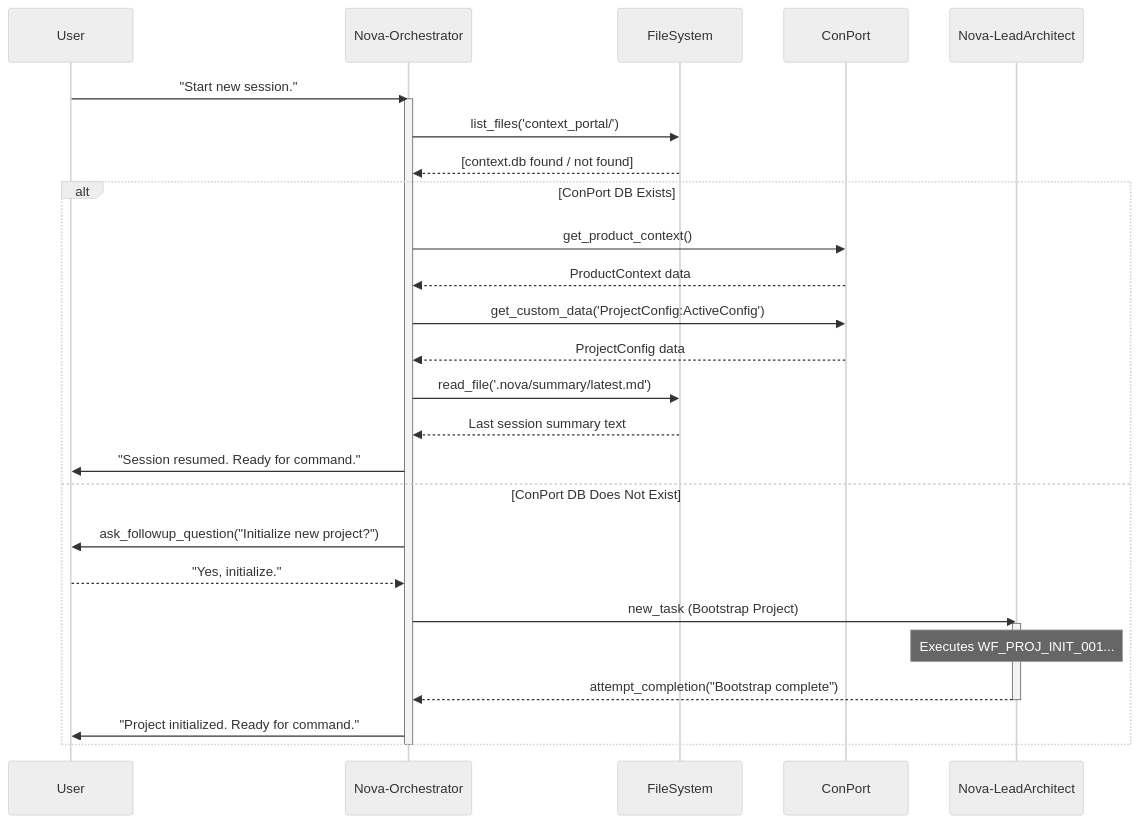
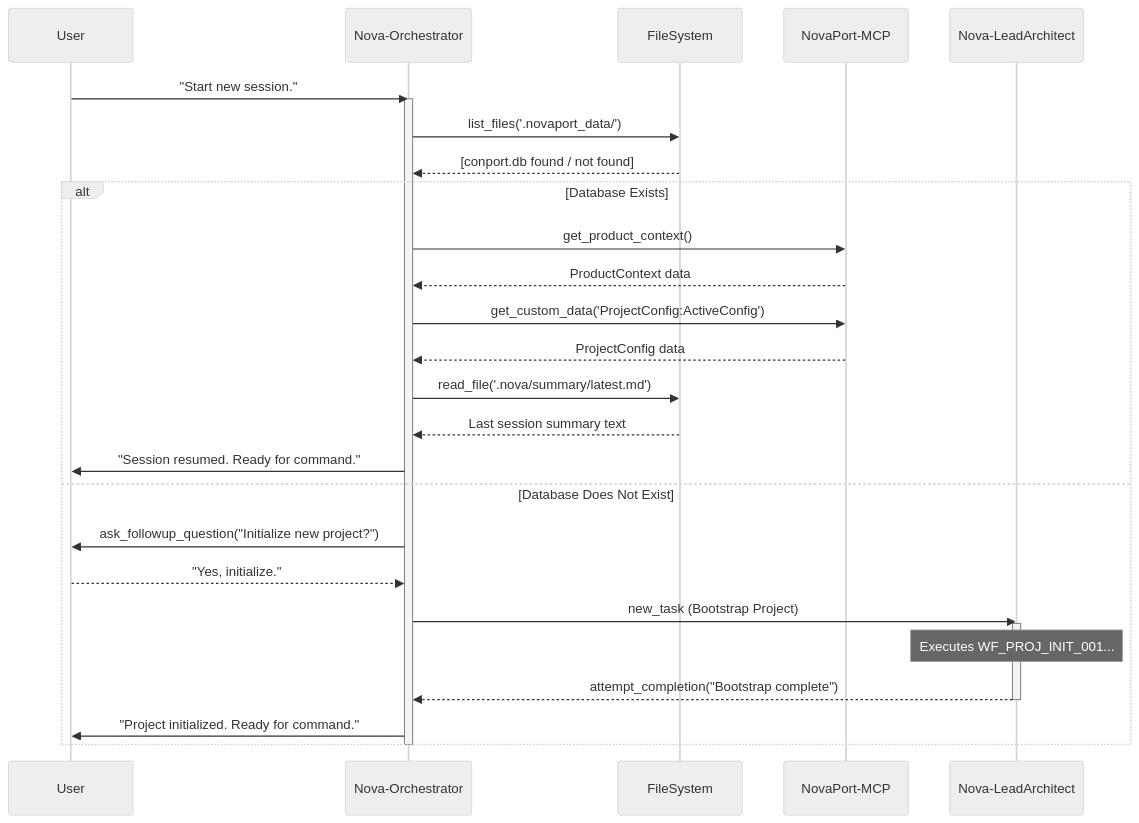
Before and after one commit to Siroopfles/NovaPort: the seventh of 7 diagrams in NOVA_SYSTEM_ARCHITECTURE.md, drawn with Mermaid (neutral theme). The commit also changed other lines of this file and 46 other files, not shown here.

````diff
--- a/NOVA_SYSTEM_ARCHITECTURE.md
+++ b/NOVA_SYSTEM_ARCHITECTURE.md
@@ -235,33 +230,33 @@
 ```mermaid
 sequenceDiagram
     participant User
     participant Orchestrator as Nova-Orchestrator
     participant FileSystem
-    participant ConPort
+    participant NovaPortMCP as NovaPort-MCP
     participant Architect as Nova-LeadArchitect
 
     User->>Orchestrator: "Start new session."
     activate Orchestrator
-    Orchestrator->>FileSystem: list_files('context_portal/')
-    FileSystem-->>Orchestrator: [context.db found / not found]
+    Orchestrator->>FileSystem: list_files('.novaport_data/')
+    FileSystem-->>Orchestrator: [conport.db found / not found]
 
-    alt ConPort DB Exists
-        Orchestrator->>ConPort: get_product_context()
-        ConPort-->>Orchestrator: ProductContext data
-        Orchestrator->>ConPort: get_custom_data('ProjectConfig:ActiveConfig')
-        ConPort-->>Orchestrator: ProjectConfig data
+    alt Database Exists
+        Orchestrator->>NovaPortMCP: get_product_context()
+        NovaPortMCP-->>Orchestrator: ProductContext data
+        Orchestrator->>NovaPortMCP: get_custom_data('ProjectConfig:ActiveConfig')
+        NovaPortMCP-->>Orchestrator: ProjectConfig data
         Orchestrator->>FileSystem: read_file('.nova/summary/latest.md')
         FileSystem-->>Orchestrator: Last session summary text
         Orchestrator->>User: "Session resumed. Ready for command."
-    else ConPort DB Does Not Exist
+    else Database Does Not Exist
         Orchestrator->>User: ask_followup_question("Initialize new project?")
         User-->>Orchestrator: "Yes, initialize."
         Orchestrator->>Architect: new_task (Bootstrap Project)
         activate Architect
         Note over Architect: Executes WF_PROJ_INIT_001...
         Architect-->>Orchestrator: attempt_completion("Bootstrap complete")
         deactivate Architect
         Orchestrator->>User: "Project initialized. Ready for command."
     end
     deactivate Orchestrator
 ```
````
